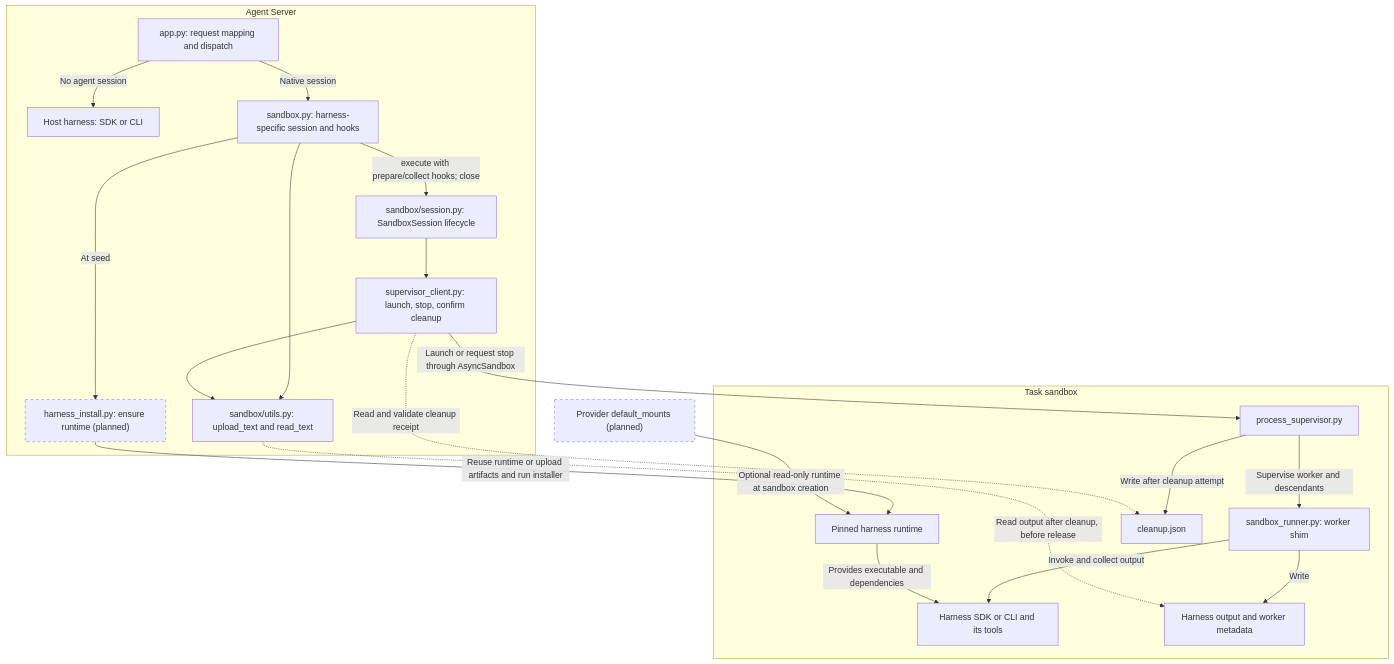
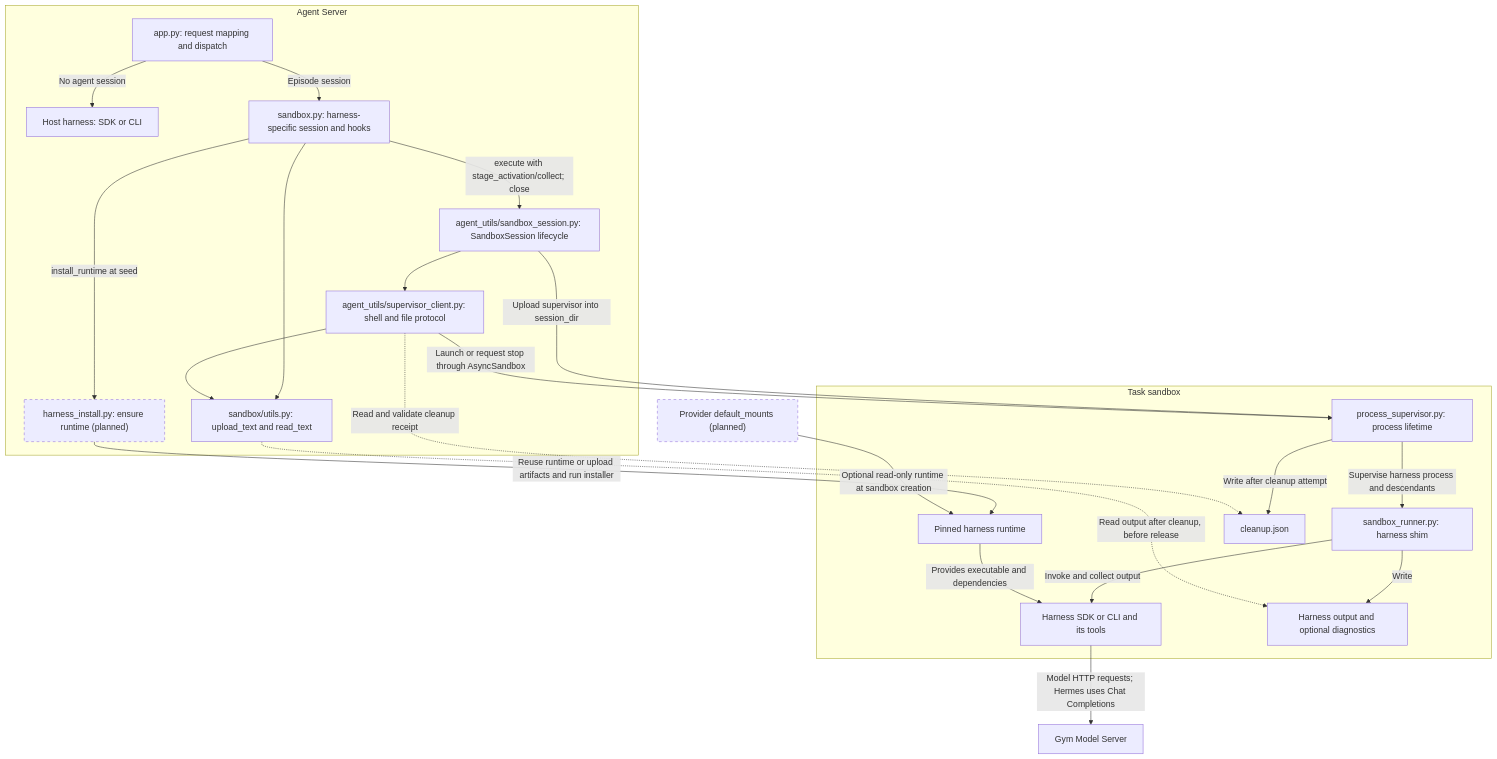
The second of 2 diagrams in fern/versions/latest/pages/agent-server/add-or-update-a-harness.mdx (NVIDIA-NeMo/Gym), drawn with Mermaid before and after one commit. The commit also changed other lines of this file, not shown here.

Commit message:
docs(agent): align harness guide with supervisor ownership changes

````diff
--- a/fern/versions/latest/pages/agent-server/add-or-update-a-harness.mdx
+++ b/fern/versions/latest/pages/agent-server/add-or-update-a-harness.mdx
@@ -86,44 +86,46 @@
 ```mermaid
 flowchart TB
     subgraph AS["Agent Server"]
         APP["app.py: request mapping and dispatch"]
         LOCAL["Host harness: SDK or CLI"]
         ADAPTER["sandbox.py: harness-specific session and hooks"]
-        SESSION["sandbox/session.py: SandboxSession lifecycle"]
+        SESSION["agent_utils/sandbox_session.py: SandboxSession lifecycle"]
         INSTALL["harness_install.py: ensure runtime (planned)"]
-        CLIENT["supervisor_client.py: launch, stop, confirm cleanup"]
+        CLIENT["agent_utils/supervisor_client.py: shell and file protocol"]
         FILES["sandbox/utils.py: upload_text and read_text"]
         APP -->|"No agent session"| LOCAL
-        APP -->|"Native session"| ADAPTER
-        ADAPTER -->|"At seed"| INSTALL
-        ADAPTER -->|"execute with prepare/collect hooks; close"| SESSION
+        APP -->|"Episode session"| ADAPTER
+        ADAPTER -->|"install_runtime at seed"| INSTALL
+        ADAPTER -->|"execute with stage_activation/collect; close"| SESSION
         SESSION --> CLIENT
         ADAPTER --> FILES
         CLIENT --> FILES
     end
 
     MOUNTS["Provider default_mounts (planned)"]
 
     subgraph SB["Task sandbox"]
         RUNTIME["Pinned harness runtime"]
-        SUPERVISOR["process_supervisor.py"]
-        SHIM["sandbox_runner.py: worker shim"]
+        SUPERVISOR["process_supervisor.py: process lifetime"]
+        SHIM["sandbox_runner.py: harness shim"]
         HARNESS["Harness SDK or CLI and its tools"]
         CLEANUP["cleanup.json"]
-        OUTPUT["Harness output and worker metadata"]
-        SUPERVISOR -->|"Supervise worker and descendants"| SHIM
+        OUTPUT["Harness output and optional diagnostics"]
+        SUPERVISOR -->|"Supervise harness process and descendants"| SHIM
         SHIM -->|"Invoke and collect output"| HARNESS
         RUNTIME -->|"Provides executable and dependencies"| HARNESS
         SUPERVISOR -->|"Write after cleanup attempt"| CLEANUP
         SHIM -->|"Write"| OUTPUT
     end
 
     INSTALL -->|"Reuse runtime or upload artifacts and run installer"| RUNTIME
     MOUNTS -->|"Optional read-only runtime at sandbox creation"| RUNTIME
+    SESSION -->|"Upload supervisor into session_dir"| SUPERVISOR
     CLIENT -->|"Launch or request stop through AsyncSandbox"| SUPERVISOR
     CLIENT -.->|"Read and validate cleanup receipt"| CLEANUP
     FILES -.->|"Read output after cleanup, before release"| OUTPUT
+    HARNESS -->|"Model HTTP requests; Hermes uses Chat Completions"| MODEL["Gym Model Server"]
 
     classDef planned stroke-dasharray: 5 5;
     class INSTALL,MOUNTS planned;
 ```
````
